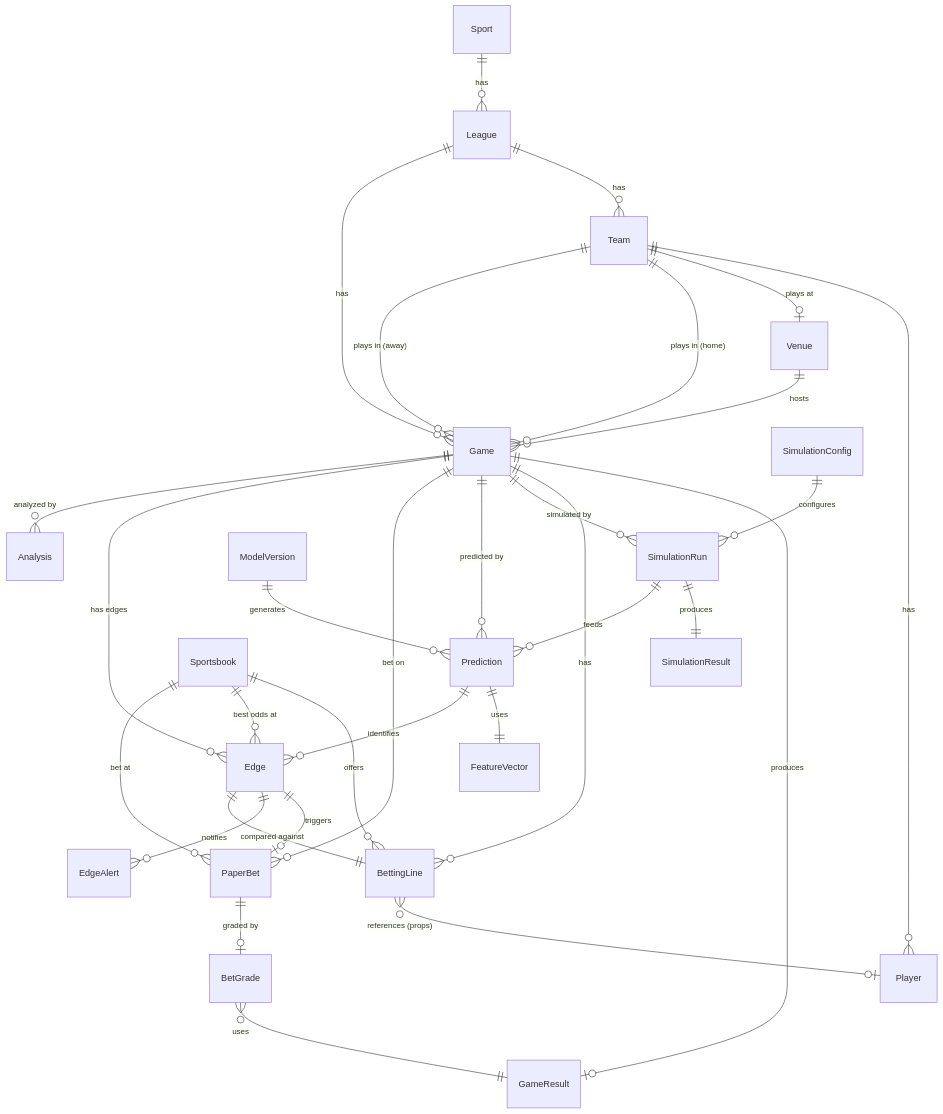
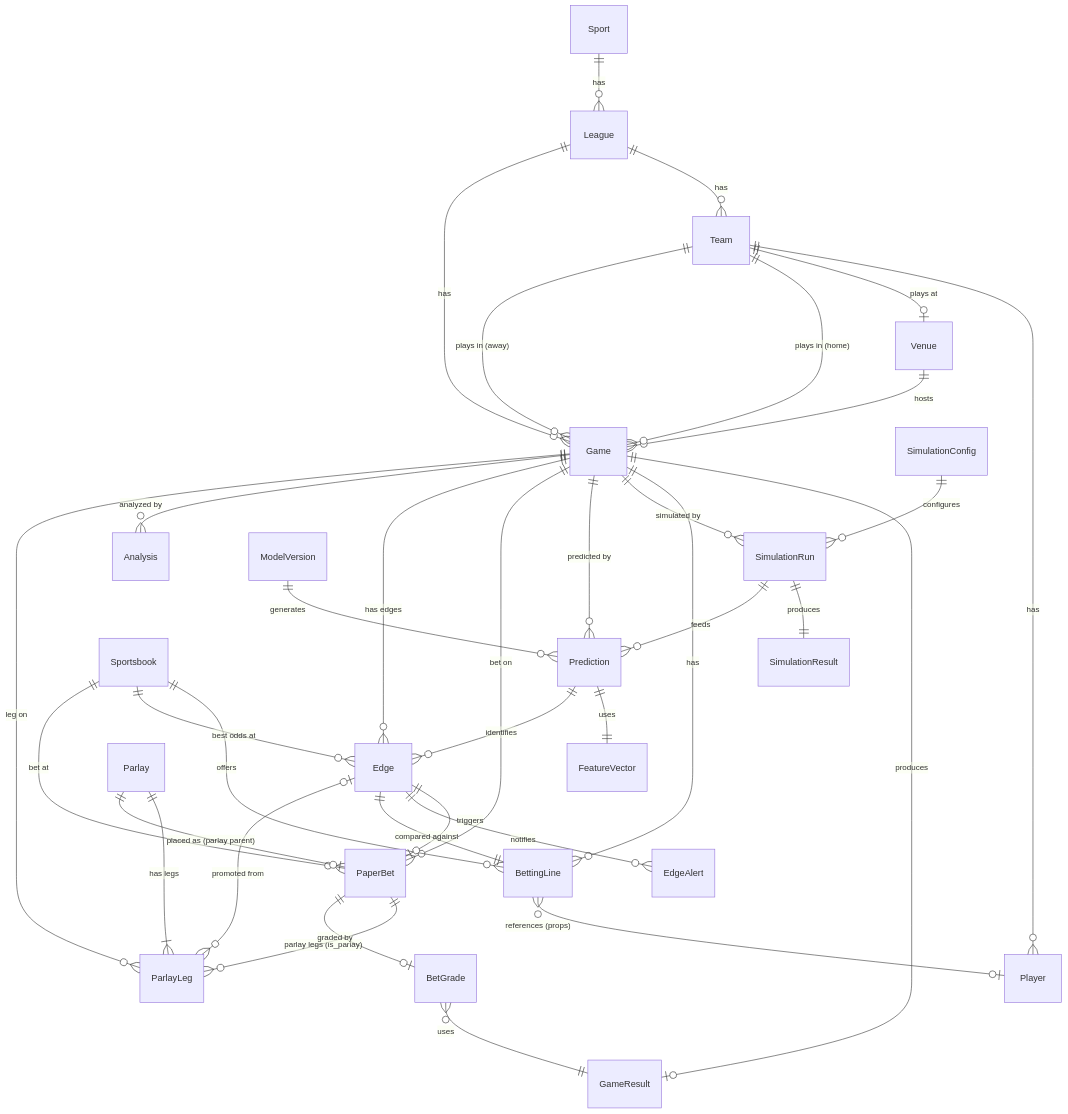
One commit to Bookie-Breaker/bookie-breaker-docs changed the diagram in schemas/domain-models.md. Above: the diagram before and after it, drawn with Mermaid. The commit also changed other lines of this file and 8 other files, not shown here.

Commit message:
docs(phase7): wave 0 contracts, schema docs, and build tracking

````diff
--- a/schemas/domain-models.md
+++ b/schemas/domain-models.md
@@ -919,40 +1011,46 @@
 ```mermaid
 erDiagram
     Sport ||--o{ League : "has"
     League ||--o{ Team : "has"
     League ||--o{ Game : "has"
     Team ||--o{ Player : "has"
     Team ||--o| Venue : "plays at"
     Venue ||--o{ Game : "hosts"
     Team ||--o{ Game : "plays in (home)"
     Team ||--o{ Game : "plays in (away)"
 
     Game ||--o| GameResult : "produces"
     Game ||--o{ BettingLine : "has"
     Game ||--o{ SimulationRun : "simulated by"
     Game ||--o{ Prediction : "predicted by"
     Game ||--o{ PaperBet : "bet on"
     Game ||--o{ Edge : "has edges"
     Game ||--o{ Analysis : "analyzed by"
 
     Sportsbook ||--o{ BettingLine : "offers"
     Sportsbook ||--o{ Edge : "best odds at"
     Sportsbook ||--o{ PaperBet : "bet at"
 
     BettingLine }o--o| Player : "references (props)"
 
     SimulationConfig ||--o{ SimulationRun : "configures"
     SimulationRun ||--|| SimulationResult : "produces"
 
     ModelVersion ||--o{ Prediction : "generates"
     Prediction ||--|| FeatureVector : "uses"
     Prediction ||--o{ Edge : "identifies"
     SimulationRun ||--o{ Prediction : "feeds"
 
     Edge ||--o| PaperBet : "triggers"
     Edge ||--o{ EdgeAlert : "notifies"
     Edge ||--|| BettingLine : "compared against"
 
+    Parlay ||--|{ ParlayLeg : "has legs"
+    Parlay ||--o| PaperBet : "placed as (parlay parent)"
+    PaperBet ||--o{ ParlayLeg : "parlay legs (is_parlay)"
+    ParlayLeg }o--o| Edge : "promoted from"
+    Game ||--o{ ParlayLeg : "leg on"
+
     PaperBet ||--o| BetGrade : "graded by"
     BetGrade }o--|| GameResult : "uses"
 ```
````
